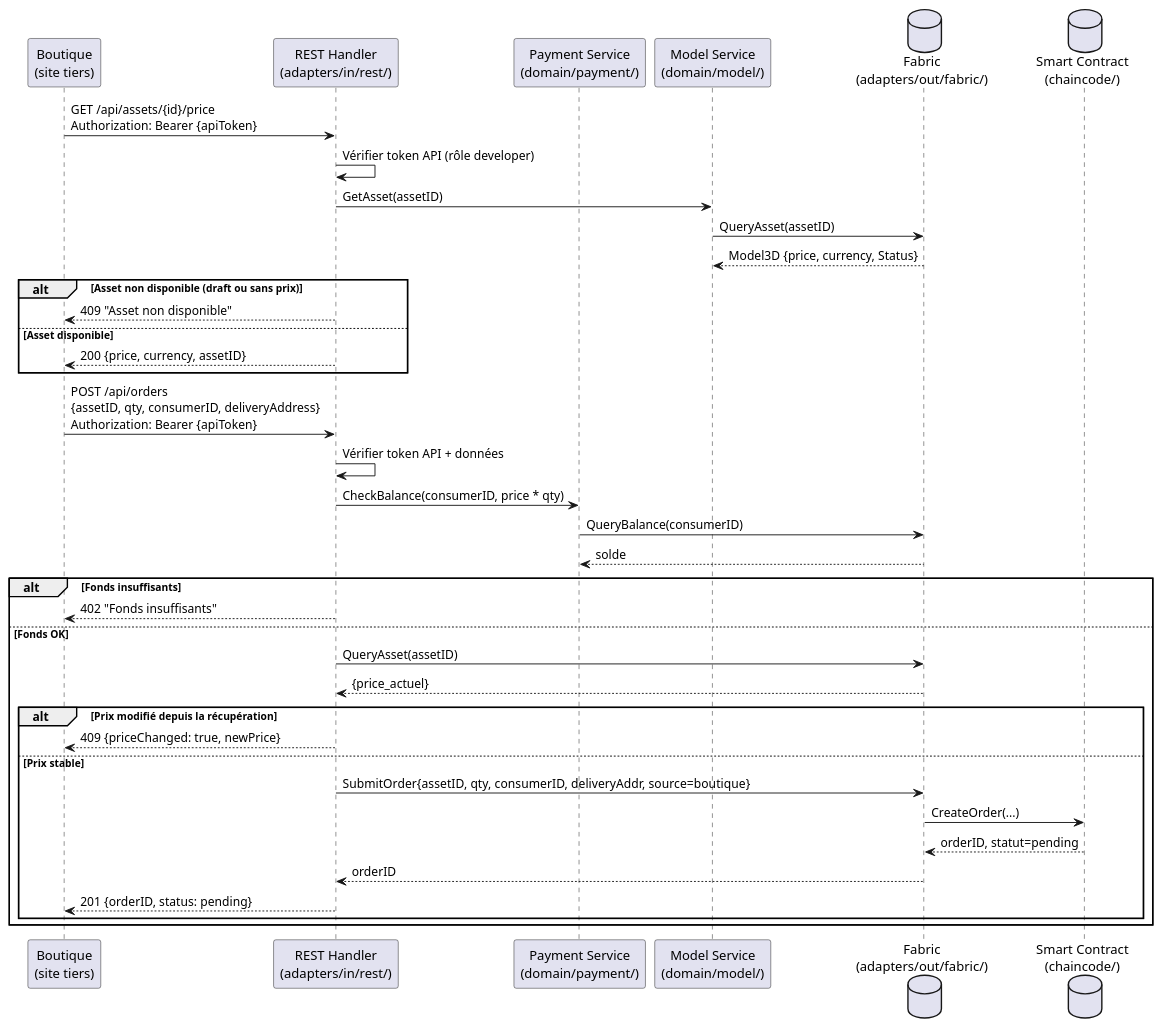
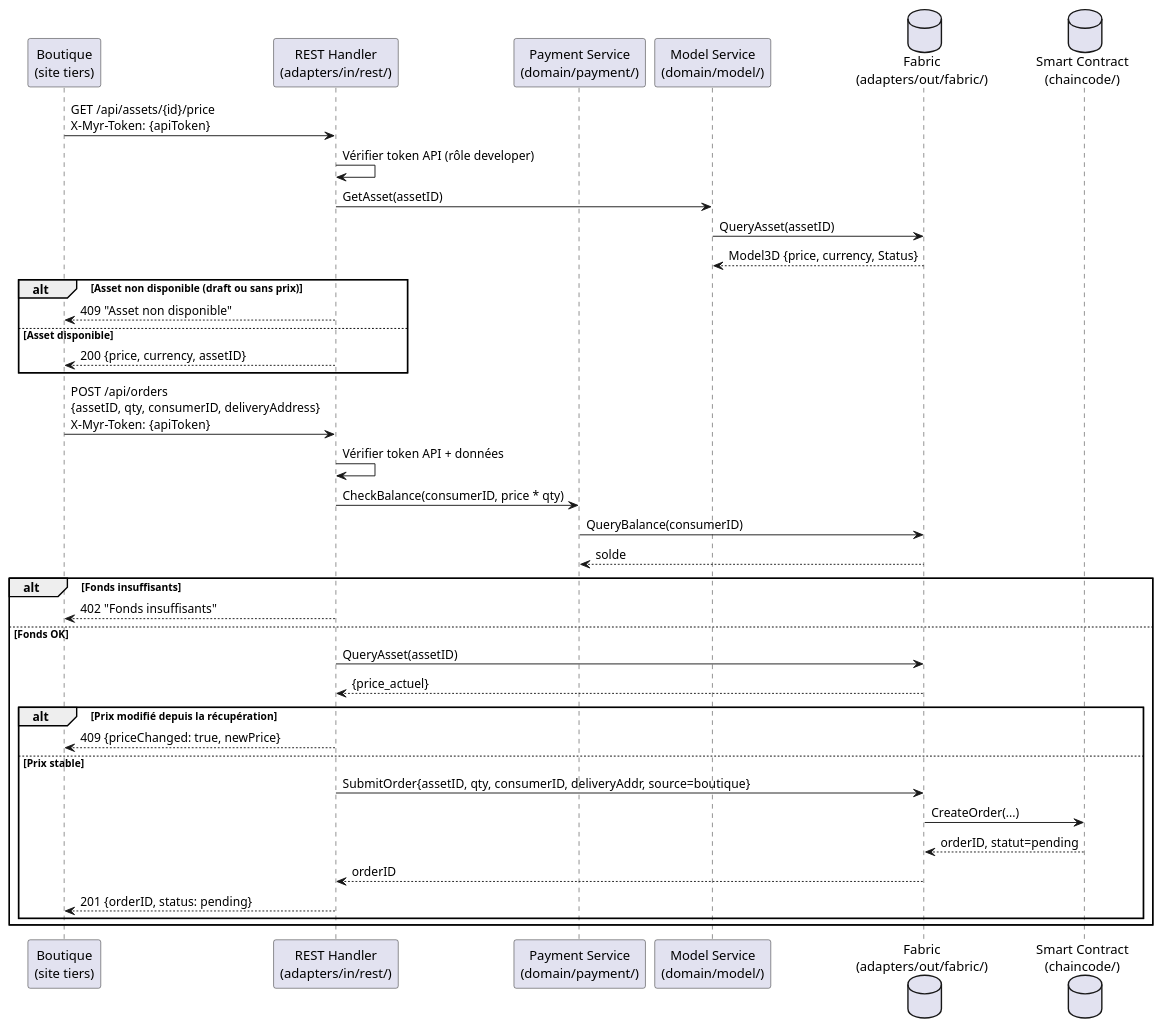
Before and after one commit to olivaux/myr: the second of 2 diagrams in specs/2-Analyse/UCAUT-Automatisation/UCAUT02.md, drawn with PlantUML. The commit also changed other lines of this file and 72 other files, not shown here.

````diff
--- a/specs/2-Analyse/UCAUT-Automatisation/UCAUT02.md
+++ b/specs/2-Analyse/UCAUT-Automatisation/UCAUT02.md
@@ -103,48 +103,48 @@
 ```plantuml
 @startuml
 participant "Boutique\n(site tiers)" as Shop
 participant "REST Handler\n(adapters/in/rest/)" as REST
 participant "Payment Service\n(domain/payment/)" as PaySvc
 participant "Model Service\n(domain/model/)" as ModelSvc
 database "Fabric\n(adapters/out/fabric/)" as Fabric
 database "Smart Contract\n(chaincode/)" as CC
 
-Shop -> REST : GET /api/assets/{id}/price\nAuthorization: Bearer {apiToken}
+Shop -> REST : GET /api/assets/{id}/price\nX-Myr-Token: {apiToken}
 REST -> REST : Vérifier token API (rôle developer)
 REST -> ModelSvc : GetAsset(assetID)
 ModelSvc -> Fabric : QueryAsset(assetID)
 Fabric --> ModelSvc : Model3D {price, currency, Status}
 
 alt Asset non disponible (draft ou sans prix)
     REST --> Shop : 409 "Asset non disponible"
 else Asset disponible
     REST --> Shop : 200 {price, currency, assetID}
 end
 
-Shop -> REST : POST /api/orders\n{assetID, qty, consumerID, deliveryAddress}\nAuthorization: Bearer {apiToken}
+Shop -> REST : POST /api/orders\n{assetID, qty, consumerID, deliveryAddress}\nX-Myr-Token: {apiToken}
 REST -> REST : Vérifier token API + données
 
 REST -> PaySvc : CheckBalance(consumerID, price * qty)
 PaySvc -> Fabric : QueryBalance(consumerID)
 Fabric --> PaySvc : solde
 
 alt Fonds insuffisants
     REST --> Shop : 402 "Fonds insuffisants"
 else Fonds OK
     REST -> Fabric : QueryAsset(assetID)
     Fabric --> REST : {price_actuel}
 
     alt Prix modifié depuis la récupération
         REST --> Shop : 409 {priceChanged: true, newPrice}
     else Prix stable
         REST -> Fabric : SubmitOrder{assetID, qty, consumerID, deliveryAddr, source=boutique}
         Fabric -> CC : CreateOrder(...)
         CC --> Fabric : orderID, statut=pending
         Fabric --> REST : orderID
 
         REST --> Shop : 201 {orderID, status: pending}
     end
 end
 
 @enduml
 ```
````
